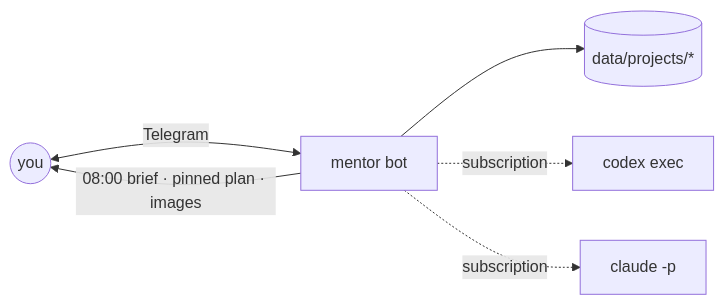
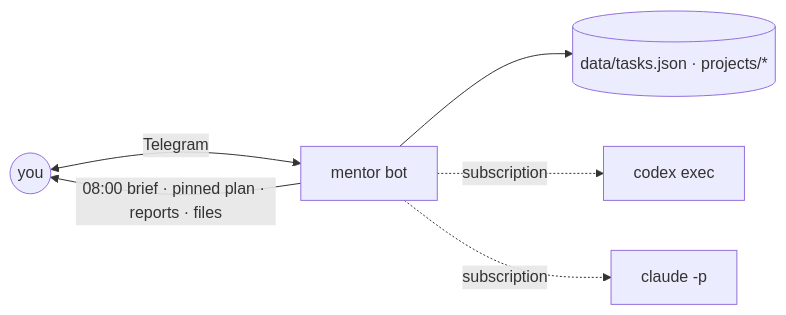
Before and after one commit to vovka/mentor-bot: the diagram in README.md, drawn with Mermaid. The commit also changed other lines of this file and 8 other files, not shown here.

````diff
--- a/README.md
+++ b/README.md
@@ -10,8 +12,8 @@
 ```mermaid
 flowchart LR
   You((you)) <-- Telegram --> BOT[mentor bot]
-  BOT -- 08:00 brief · pinned plan · images --> You
-  BOT --> D[(data/projects/*)]
+  BOT -- 08:00 brief · pinned plan · reports · files --> You
+  BOT --> D[(data/tasks.json · projects/*)]
   BOT -. subscription .-> CX[codex exec]
   BOT -. subscription .-> CL[claude -p]
 ```
````
